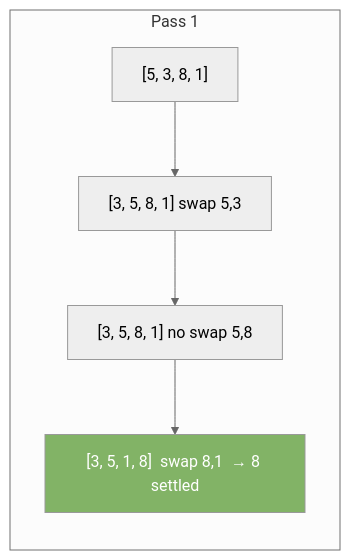
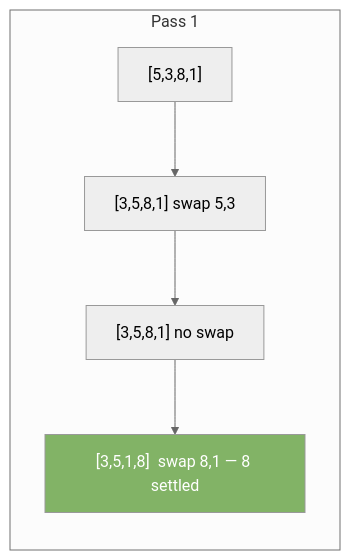
Before and after one commit to valarpirai/software-enginneering: the first of 3 diagrams in docs/20-bubble-sort.md, drawn with Mermaid (neutral theme). The commit also changed other lines of this file and 3 other files, not shown here.

````diff
--- a/docs/20-bubble-sort.md
+++ b/docs/20-bubble-sort.md
@@ -17,9 +33,9 @@
 ```mermaid
 graph LR
     subgraph "Pass 1"
-    A["[5, 3, 8, 1]"] --> B["[3, 5, 8, 1]  swap 5,3"]
-    B --> C["[3, 5, 8, 1]  no swap 5,8"]
-    C --> D["[3, 5, 1, 8]  swap 8,1  → 8 settled"]
+    A["[5,3,8,1]"] --> B["[3,5,8,1]  swap 5,3"]
+    B --> C["[3,5,8,1]  no swap"]
+    C --> D["[3,5,1,8]  swap 8,1 — 8 settled"]
     end
     style D fill:#82b366,color:#fff
 ```
````
